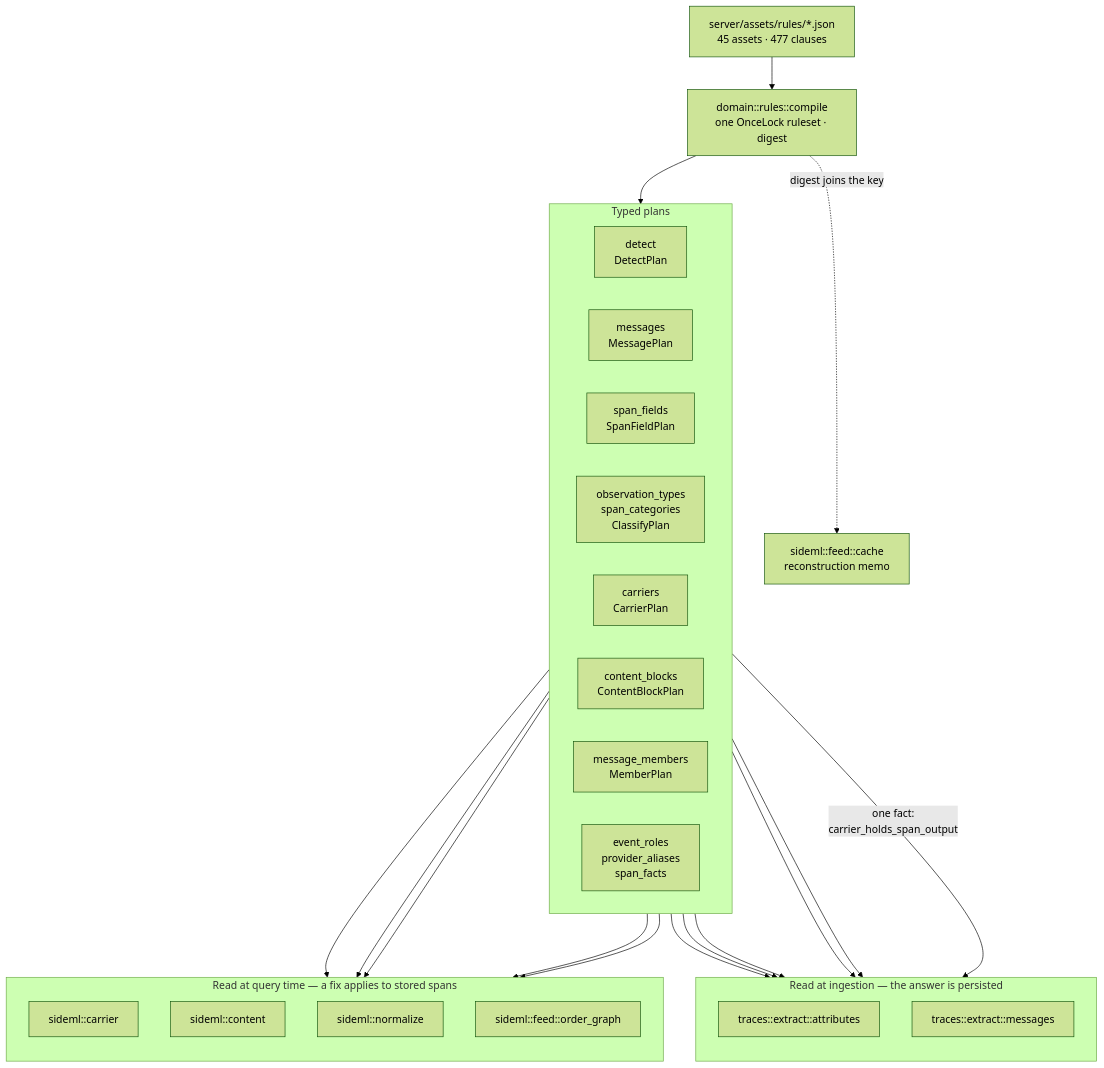
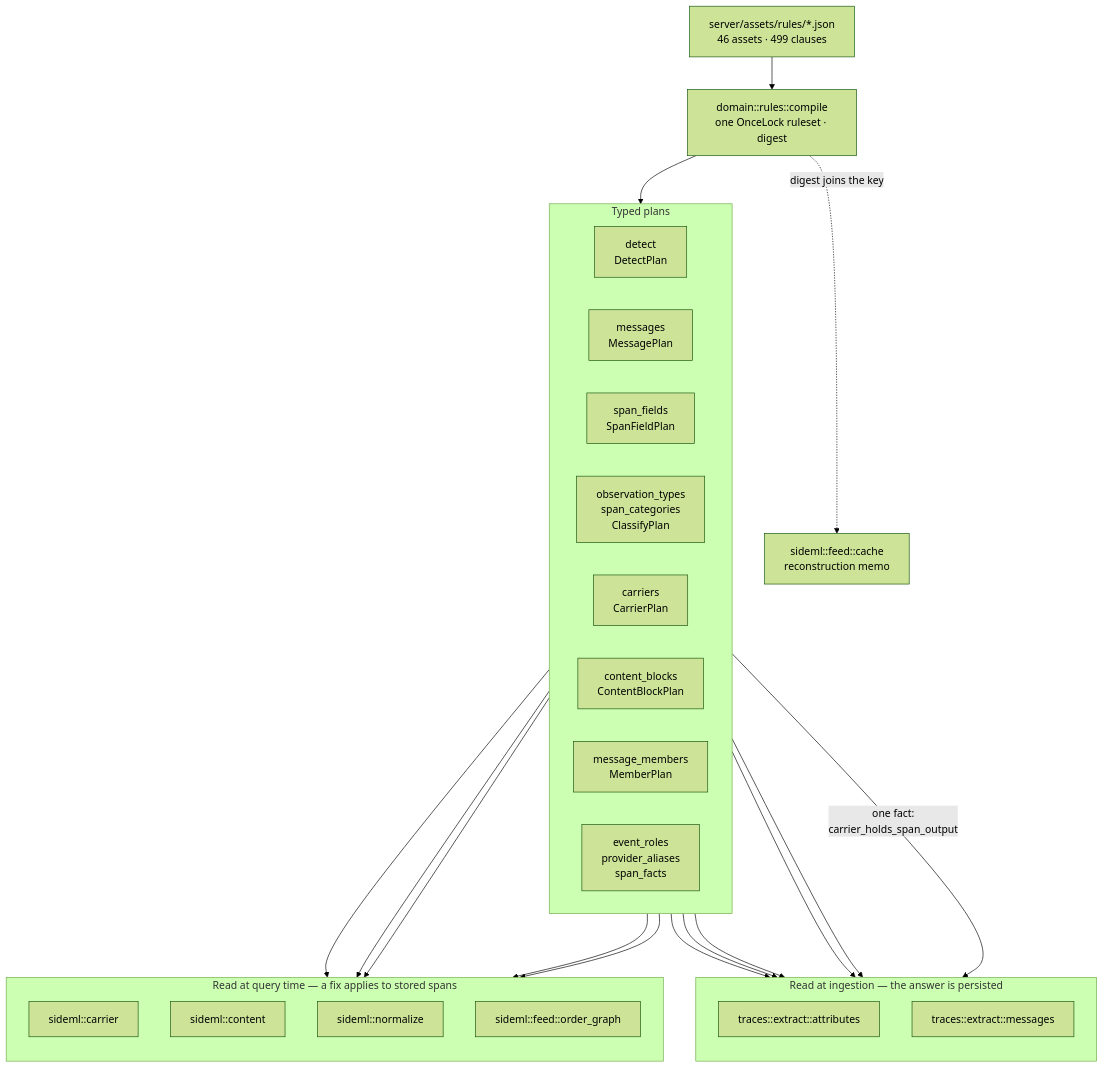
One commit to sideseat/sideseat changed the first of 7 diagrams in docs/engineering/architecture-diagrams.md. Above: the diagram before and after it, drawn with Mermaid (forest theme). The commit also changed 101 other files, not shown here.

````diff
--- a/docs/engineering/architecture-diagrams.md
+++ b/docs/engineering/architecture-diagrams.md
@@ -18,47 +18,47 @@
 ```mermaid
 flowchart TB
-    assets["server/assets/rules/*.json<br/>45 assets · 477 clauses"]
+    assets["server/assets/rules/*.json<br/>46 assets · 499 clauses"]
     compile["domain::rules::compile<br/>one OnceLock ruleset · digest"]
     assets --> compile
 
     subgraph plans["Typed plans"]
         direction LR
         detect["detect<br/>DetectPlan"]
         messages["messages<br/>MessagePlan"]
         fields["span_fields<br/>SpanFieldPlan"]
         classify["observation_types<br/>span_categories<br/>ClassifyPlan"]
         carriers["carriers<br/>CarrierPlan"]
         blocks["content_blocks<br/>ContentBlockPlan"]
         members["message_members<br/>MemberPlan"]
         roles["event_roles<br/>provider_aliases<br/>span_facts"]
     end
     compile --> plans
 
     subgraph ingest["Read at ingestion — the answer is persisted"]
         direction TB
         attrs["traces::extract::attributes"]
         msgs["traces::extract::messages"]
     end
 
     subgraph query["Read at query time — a fix applies to stored spans"]
         direction TB
         carrier["sideml::carrier"]
         content["sideml::content"]
         normalize["sideml::normalize"]
         order["sideml::feed::order_graph"]
     end
 
     detect --> attrs
     fields --> attrs
     classify --> attrs
     roles --> attrs
     messages --> msgs
     carriers -->|"one fact:<br/>carrier_holds_span_output"| msgs
     carriers --> carrier
     carriers --> order
     blocks --> content
     members --> content
     roles --> normalize
 
     compile -. "digest joins the key" .-> cache["sideml::feed::cache<br/>reconstruction memo"]
 ```
````
